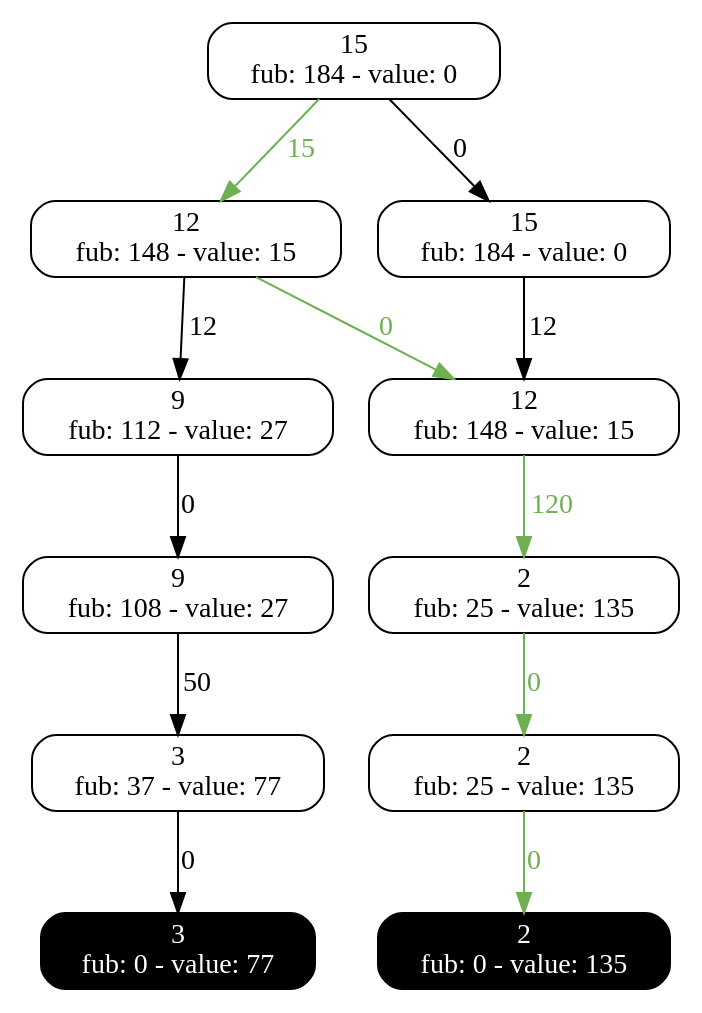
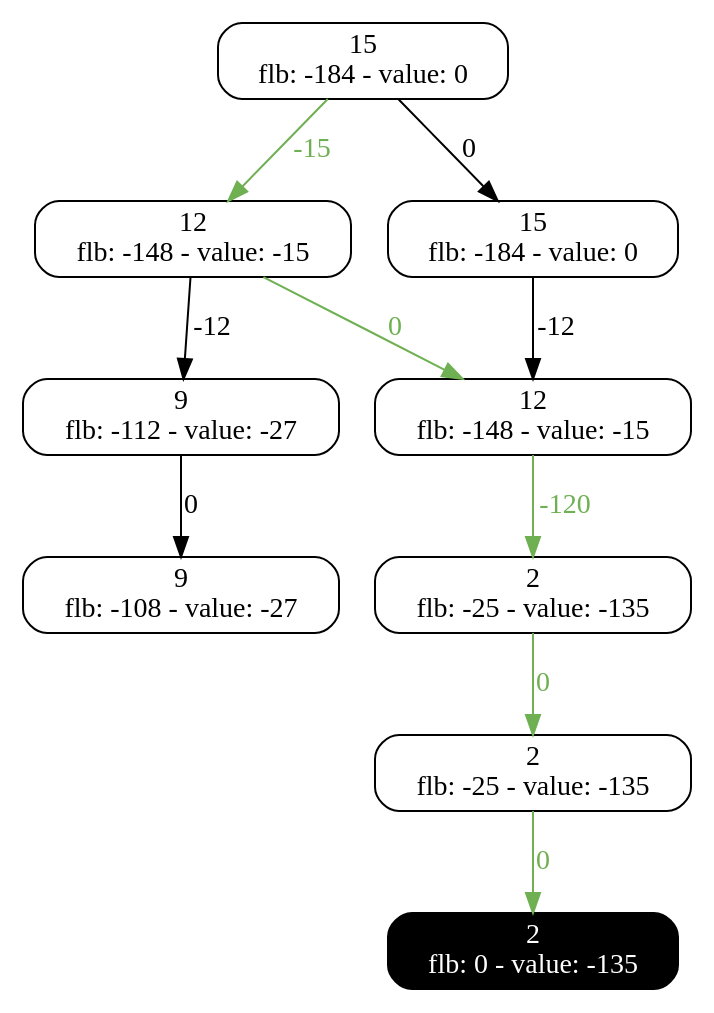
Before and after one commit to DDOLIB-CETIC-UCL/DDOLib: the diagram in output/KS_restricted.dot, drawn with Graphviz. The commit also changed 5 other files, not shown here.

```diff
--- a/output/KS_restricted.dot
+++ b/output/KS_restricted.dot
@@ -1,35 +1,29 @@
 digraph restricted{
 0 [label="15
-fub: 184 - value: 0", style=rounded, shape=rectangle, tooltip="Exact node"];
+flb: -184 - value: 0", style=rounded, shape=rectangle, tooltip="Exact node"];
 1 [label="12
-fub: 148 - value: 15", style=rounded, shape=rectangle, tooltip="Exact node"];
+flb: -148 - value: -15", style=rounded, shape=rectangle, tooltip="Exact node"];
 2 [label="15
-fub: 184 - value: 0", style=rounded, shape=rectangle, tooltip="Exact node"];
+flb: -184 - value: 0", style=rounded, shape=rectangle, tooltip="Exact node"];
 3 [label="9
-fub: 112 - value: 27", style=rounded, shape=rectangle, tooltip="Exact node"];
+flb: -112 - value: -27", style=rounded, shape=rectangle, tooltip="Exact node"];
 4 [label="12
-fub: 148 - value: 15", style=rounded, shape=rectangle, tooltip="Exact node"];
+flb: -148 - value: -15", style=rounded, shape=rectangle, tooltip="Exact node"];
 7 [label="2
-fub: 25 - value: 135", style=rounded, shape=rectangle, tooltip="Exact node"];
+flb: -25 - value: -135", style=rounded, shape=rectangle, tooltip="Exact node"];
 6 [label="9
-fub: 108 - value: 27", style=rounded, shape=rectangle, tooltip="Exact node"];
+flb: -108 - value: -27", style=rounded, shape=rectangle, tooltip="Exact node"];
 9 [label="2
-fub: 25 - value: 135", style=rounded, shape=rectangle, tooltip="Exact node"];
-10 [label="3
-fub: 37 - value: 77", style=rounded, shape=rectangle, tooltip="Exact node"];
+flb: -25 - value: -135", style=rounded, shape=rectangle, tooltip="Exact node"];
 12 [label="2
-fub: 0 - value: 135", style=rounded, shape=rectangle, tooltip="Exact node", style="filled, rounded", shape=rectangle, color=black, fontcolor=white, tooltip="Terminal node"];
-13 [label="3
-fub: 0 - value: 77", style=rounded, shape=rectangle, tooltip="Exact node", style="filled, rounded", shape=rectangle, color=black, fontcolor=white, tooltip="Terminal node"];
+flb: 0 - value: -135", style=rounded, shape=rectangle, tooltip="Exact node", style="filled, rounded", shape=rectangle, color=black, fontcolor=white, tooltip="Terminal node"];
+3 -> 6 [label=0, tooltip="Decision: assign 0 to var 2"];
 7 -> 9 [label=0, tooltip="Decision: assign 0 to var 3", color="#6fb052", fontcolor="#6fb052"];
-0 -> 1 [label=15, tooltip="Decision: assign 1 to var 0", color="#6fb052", fontcolor="#6fb052"];
-6 -> 10 [label=50, tooltip="Decision: assign 1 to var 3"];
-1 -> 3 [label=12, tooltip="Decision: assign 1 to var 1"];
-10 -> 13 [label=0, tooltip="Decision: assign 0 to var 4"];
+2 -> 4 [label=-12, tooltip="Decision: assign 1 to var 1"];
 1 -> 4 [label=0, tooltip="Decision: assign 0 to var 1", color="#6fb052", fontcolor="#6fb052"];
-4 -> 7 [label=120, tooltip="Decision: assign 1 to var 2", color="#6fb052", fontcolor="#6fb052"];
 0 -> 2 [label=0, tooltip="Decision: assign 0 to var 0"];
-2 -> 4 [label=12, tooltip="Decision: assign 1 to var 1"];
-3 -> 6 [label=0, tooltip="Decision: assign 0 to var 2"];
+1 -> 3 [label=-12, tooltip="Decision: assign 1 to var 1"];
 9 -> 12 [label=0, tooltip="Decision: assign 0 to var 4", color="#6fb052", fontcolor="#6fb052"];
+4 -> 7 [label=-120, tooltip="Decision: assign 1 to var 2", color="#6fb052", fontcolor="#6fb052"];
+0 -> 1 [label=-15, tooltip="Decision: assign 1 to var 0", color="#6fb052", fontcolor="#6fb052"];
 }
```
